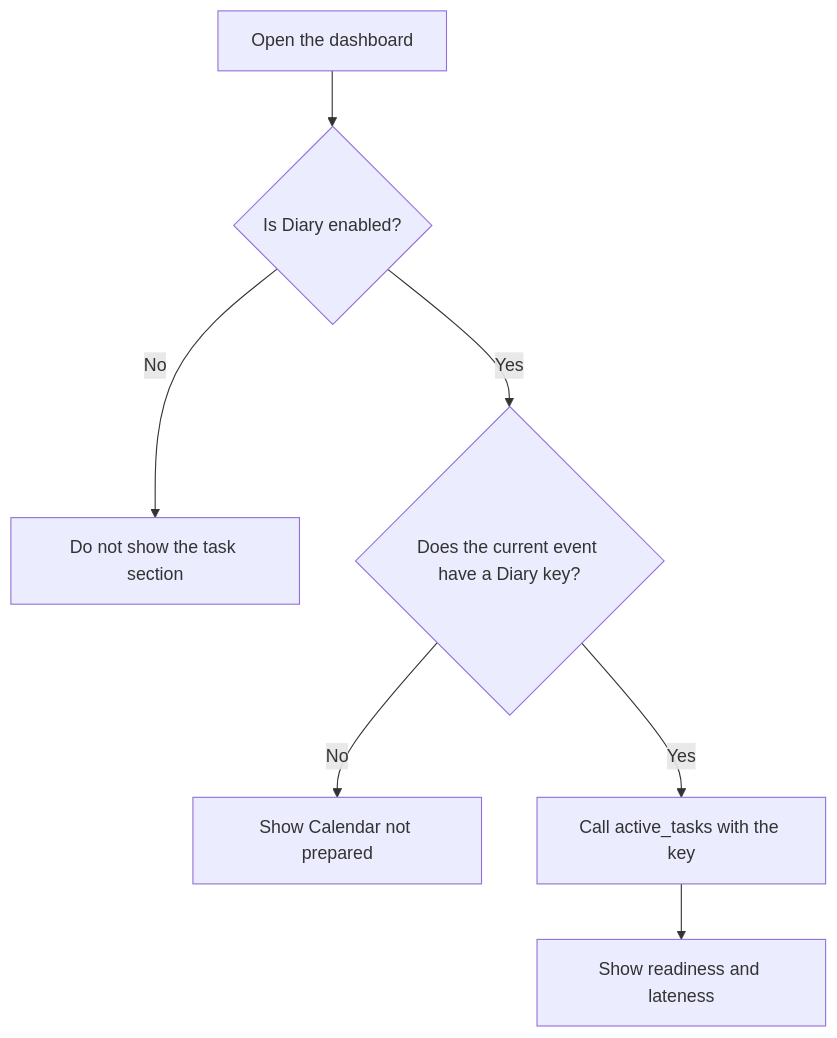
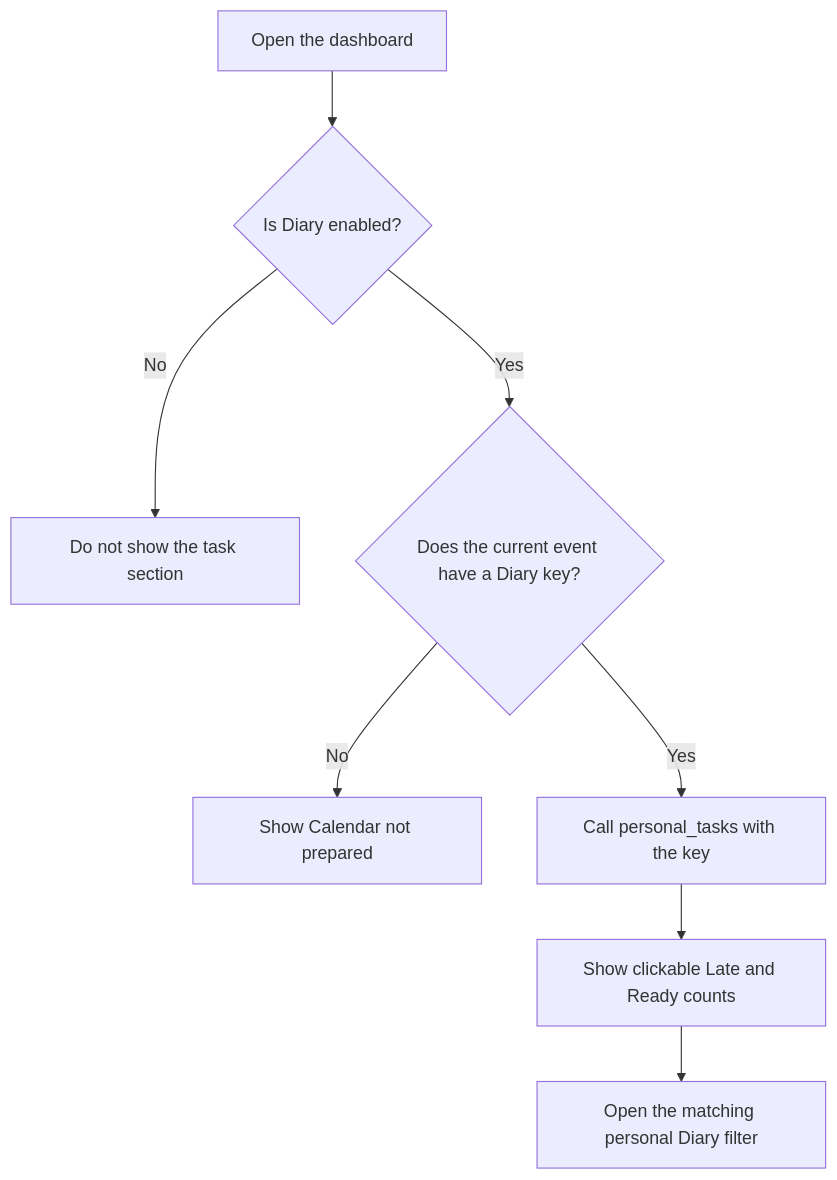
One commit to TonyFlury/GarageSale changed the ninth of 14 diagrams in docs/design/event-calendar.md. Above: the diagram before and after it, drawn with Mermaid. The commit also changed other lines of this file and 13 other files, not shown here.

Commit message:
Mock up personal Diary counts on the existing event dashboard

````diff
--- a/docs/design/event-calendar.md
+++ b/docs/design/event-calendar.md
@@ -539,9 +545,10 @@
 ```mermaid
 flowchart TD
     A[Open the dashboard] --> B{Is Diary enabled?}
     B -->|No| C[Do not show the task section]
     B -->|Yes| D{Does the current event have a Diary key?}
     D -->|No| E[Show Calendar not prepared]
-    D -->|Yes| F[Call active_tasks with the key]
-    F --> G[Show readiness and lateness]
+    D -->|Yes| F[Call personal_tasks with the key]
+    F --> G[Show clickable Late and Ready counts]
+    G --> H[Open the matching personal Diary filter]
 ```
````
